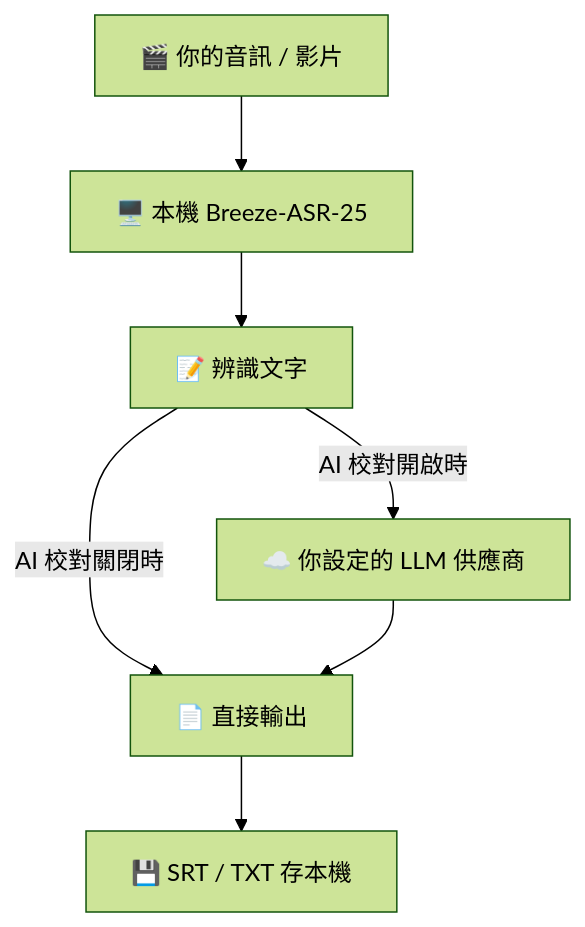
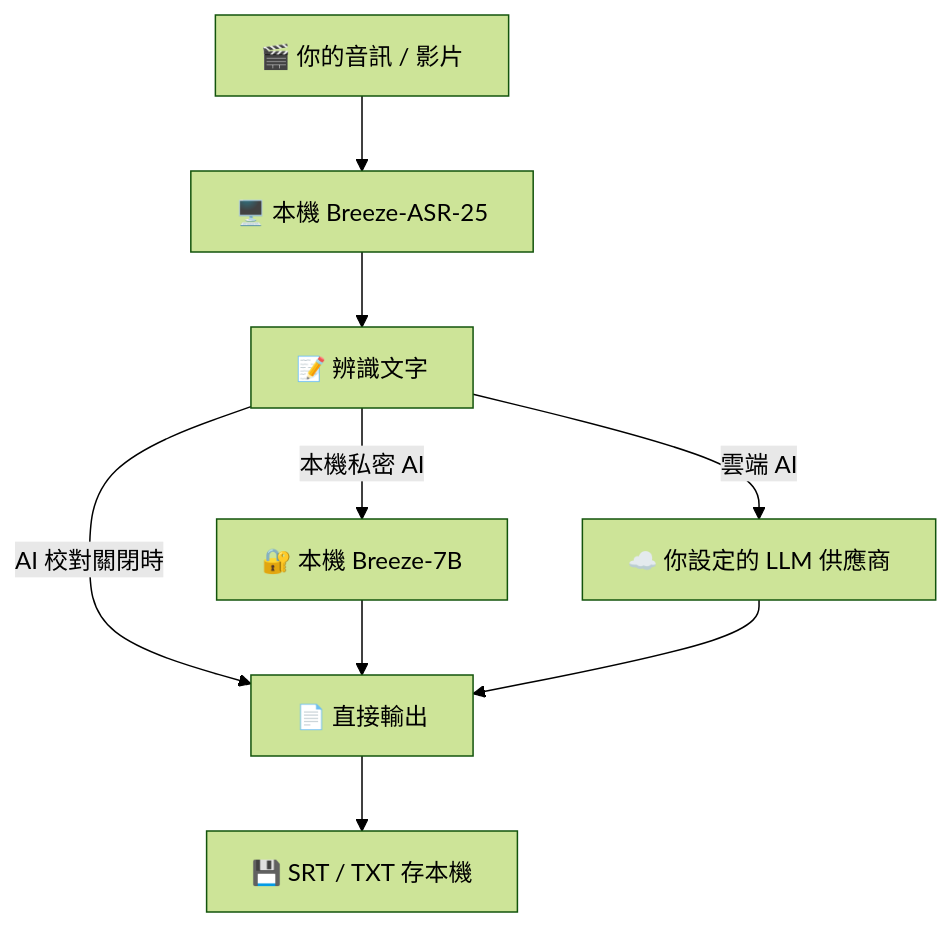
Before and after one commit to WiKiVibe/SanWich: the third of 3 diagrams in README.md, drawn with Mermaid (forest theme). The commit also changed other lines of this file and 15 other files, not shown here.

````diff
--- a/README.md
+++ b/README.md
@@ -135,9 +137,11 @@
 ```mermaid
 flowchart TB
   A["🎬 你的音訊 / 影片"] --> B["🖥️ 本機 Breeze-ASR-25"]
   B --> C["📝 辨識文字"]
-  C -->|AI 校對開啟時| D["☁️ 你設定的 LLM 供應商"]
+  C -->|本機私密 AI| D["🔐 本機 Breeze-7B"]
+  C -->|雲端 AI| G["☁️ 你設定的 LLM 供應商"]
   C -->|AI 校對關閉時| E["📄 直接輸出"]
   D --> E
+  G --> E
   E --> F["💾 SRT / TXT 存本機"]
 ```
````
